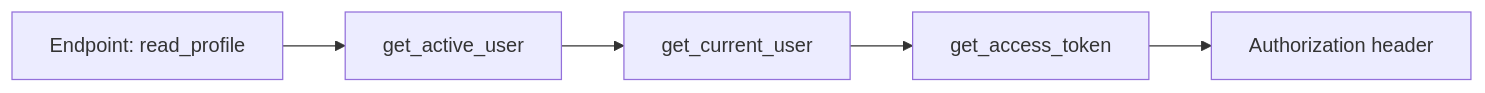
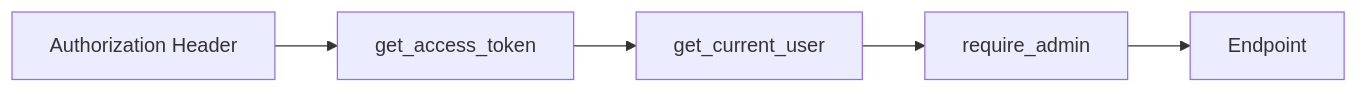
The third of 11 diagrams in src/content/fastapi/dependency-injection-depends.md (AvadhBhalodiya/Interview-Preparation), drawn with Mermaid before and after one commit. The commit also changed other lines of this file and 80 other files, not shown here.

````diff
--- a/src/content/fastapi/dependency-injection-depends.md
+++ b/src/content/fastapi/dependency-injection-depends.md
@@ -417,7 +249,7 @@
 ```mermaid
 flowchart LR
-    A[Endpoint: read_profile] --> B[get_active_user]
+    A[Authorization Header] --> B[get_access_token]
     B --> C[get_current_user]
-    C --> D[get_access_token]
-    D --> E[Authorization header]
+    C --> D[require_admin]
+    D --> E[Endpoint]
 ```
````
